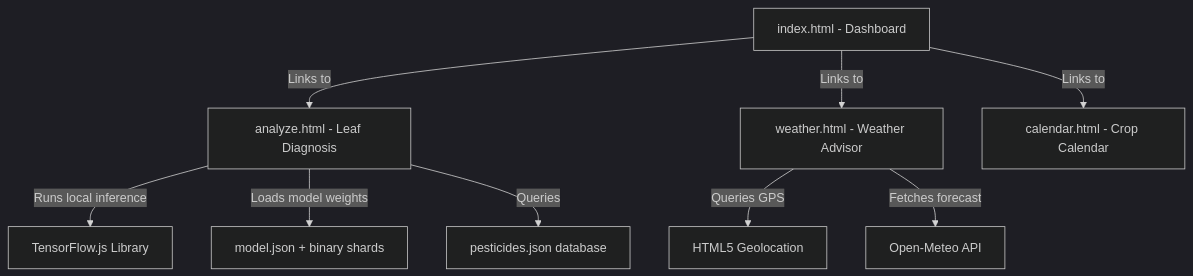
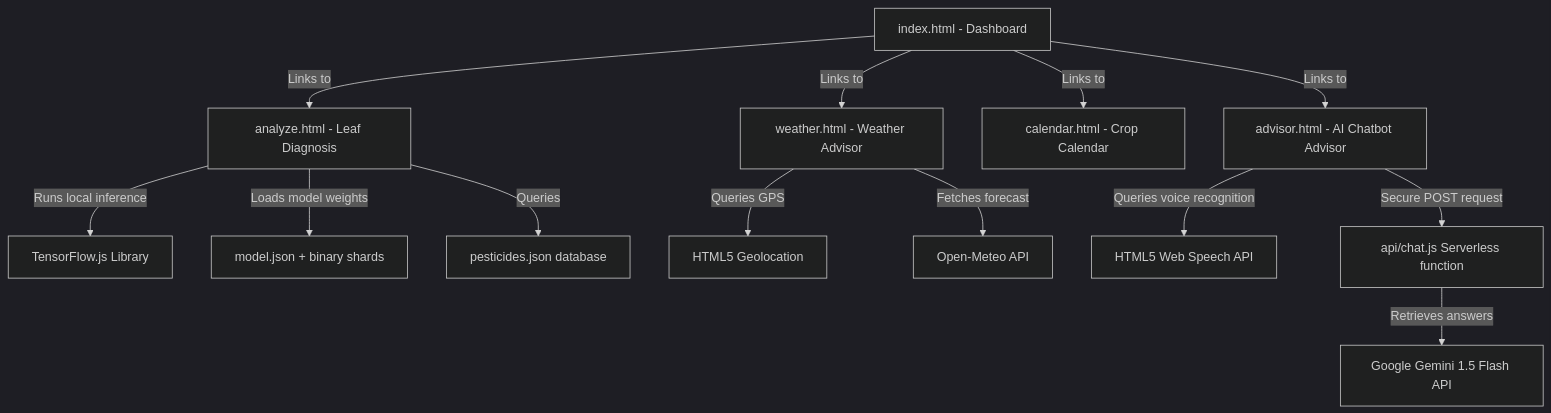
The diagram in context.md (HET-CacheHit/cropbuddy), drawn with Mermaid (dark theme) before and after one commit. The commit also changed other lines of this file, not shown here.

Commit message:
Update context.md documentation to reflect chatbot page and Vercel serverless function architecture

````diff
--- a/context.md
+++ b/context.md
@@ -16,13 +16,18 @@
 ```mermaid
 graph TD
     index[index.html - Dashboard] -->|Links to| analyze[analyze.html - Leaf Diagnosis]
     index -->|Links to| weather[weather.html - Weather Advisor]
     index -->|Links to| calendar[calendar.html - Crop Calendar]
+    index -->|Links to| advisor[advisor.html - AI Chatbot Advisor]
 
     analyze -->|Runs local inference| TFJS[TensorFlow.js Library]
     analyze -->|Loads model weights| Model[model.json + binary shards]
     analyze -->|Queries| DB[pesticides.json database]
     
     weather -->|Queries GPS| Geo[HTML5 Geolocation]
     weather -->|Fetches forecast| Meteo[Open-Meteo API]
+    
+    advisor -->|Queries voice recognition| Speech[HTML5 Web Speech API]
+    advisor -->|Secure POST request| Serverless[api/chat.js Serverless function]
+    Serverless -->|Retrieves answers| Gemini[Google Gemini 1.5 Flash API]
 ```
````
